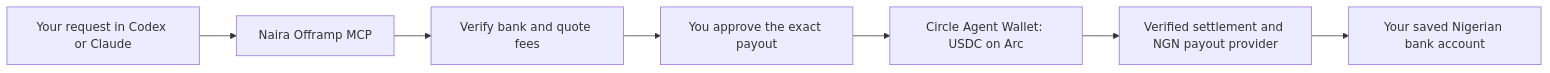
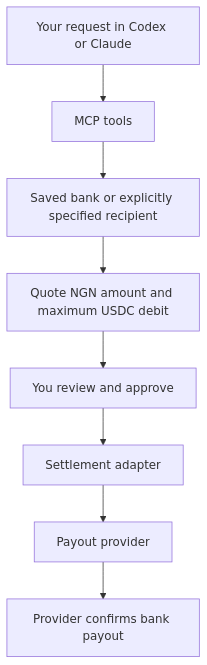
One commit to Adeyemir/agent-fiat-mcp changed the diagram in README.md. Above: the diagram before and after it, drawn with Mermaid. The commit also changed other lines of this file and 19 other files, not shown here.

Commit message:
Add runnable MCP demo with human approval and persistent payout state

````diff
--- a/README.md
+++ b/README.md
@@ -17,9 +57,10 @@
 ```mermaid
-flowchart LR
-    User[Your request in Codex or Claude] --> MCP[Naira Offramp MCP]
-    MCP --> Quote[Verify bank and quote fees]
-    Quote --> Approval[You approve the exact payout]
-    Approval --> Wallet[Circle Agent Wallet: USDC on Arc]
-    Wallet --> Provider[Verified settlement and NGN payout provider]
-    Provider --> Bank[Your saved Nigerian bank account]
+flowchart TD
+    Request[Your request in Codex or Claude] --> MCP[MCP tools]
+    MCP --> Bank[Saved bank or explicitly specified recipient]
+    Bank --> Quote[Quote NGN amount and maximum USDC debit]
+    Quote --> Approval[You review and approve]
+    Approval --> Settlement[Settlement adapter]
+    Settlement --> Provider[Payout provider]
+    Provider --> Status[Provider confirms bank payout]
 ```
````
